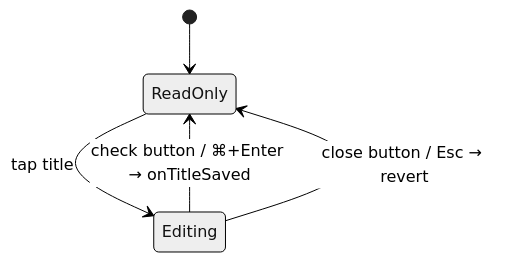
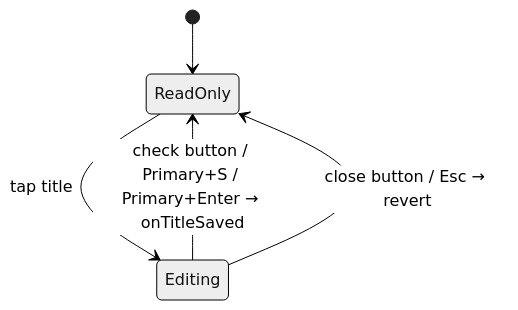
The eighth of 16 diagrams in lib/features/tasks/README.md (matthiasn/lotti), drawn with Mermaid (neutral theme) before and after one commit. The commit also changed other lines of this file and 139 other files, not shown here.

````diff
--- a/lib/features/tasks/README.md
+++ b/lib/features/tasks/README.md
@@ -417,7 +417,7 @@
 ```mermaid
 stateDiagram-v2
   [*] --> ReadOnly
   ReadOnly --> Editing: tap title
-  Editing --> ReadOnly: check button / ⌘+Enter → onTitleSaved
+  Editing --> ReadOnly: check button / Primary+S / Primary+Enter → onTitleSaved
   Editing --> ReadOnly: close button / Esc → revert
 ```
````
